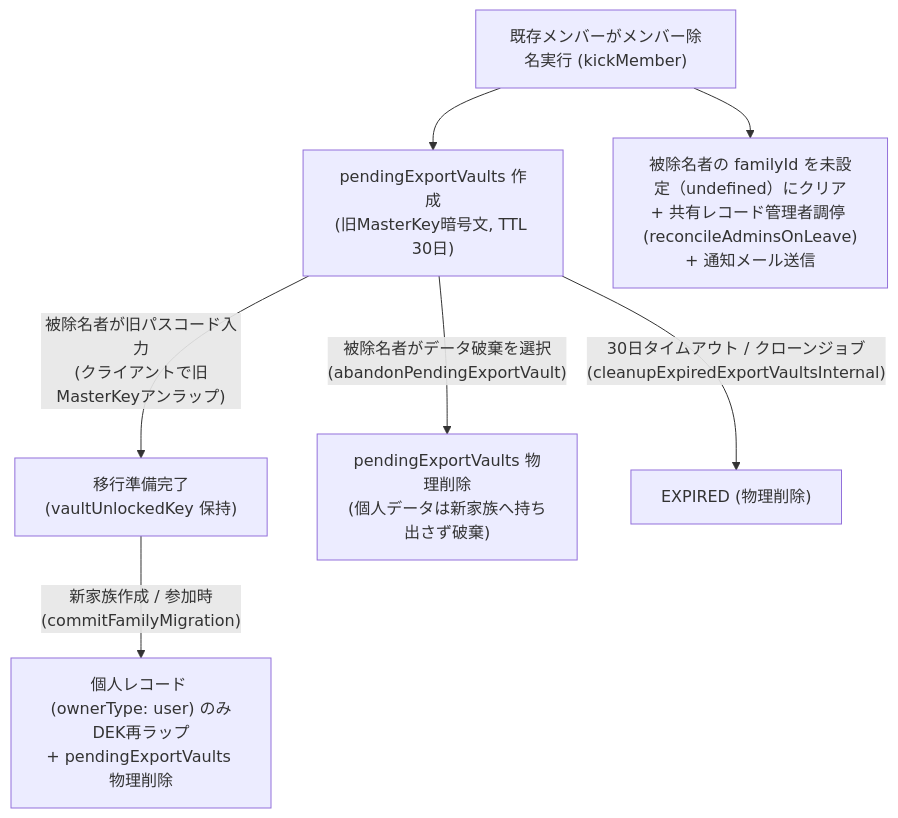
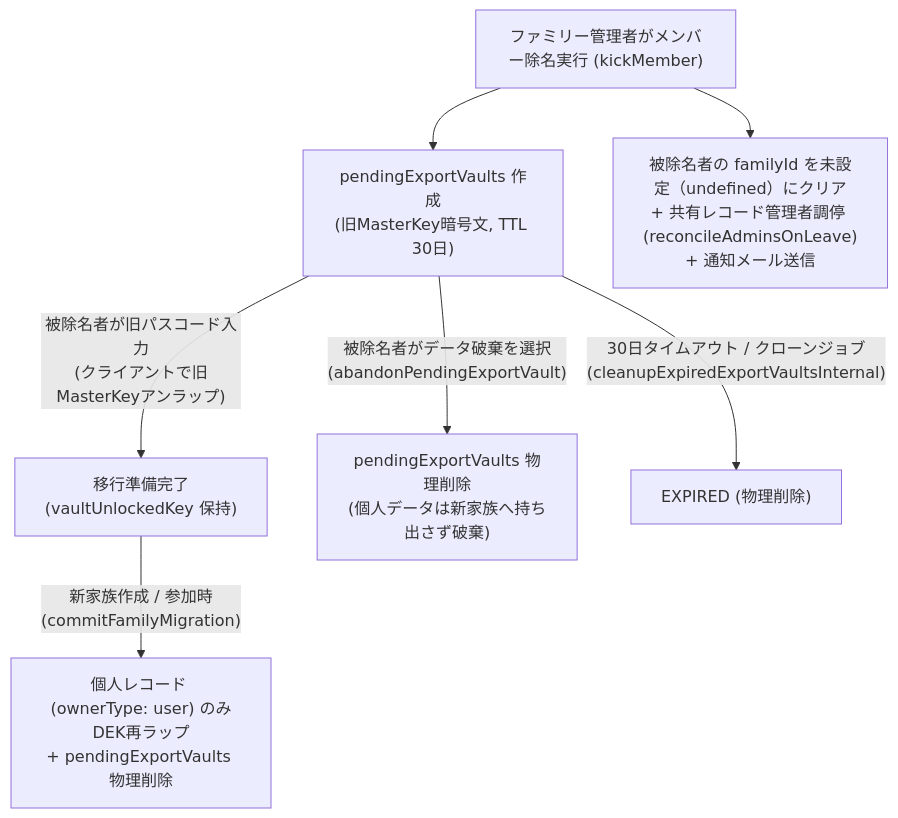
One commit to luthpg/poohma changed the fifth of 7 diagrams in .ai/domain.md. Above: the diagram before and after it, drawn with Mermaid. The commit also changed other lines of this file and 21 other files, not shown here.

````diff
--- a/.ai/domain.md
+++ b/.ai/domain.md
@@ -96,11 +96,11 @@
 ```mermaid
 flowchart TD
-    Kick["既存メンバーがメンバー除名実行 (kickMember)"] --> VaultCreated["pendingExportVaults 作成<br/>(旧MasterKey暗号文, TTL 30日)"]
+    Kick["ファミリー管理者がメンバー除名実行 (kickMember)"] --> VaultCreated["pendingExportVaults 作成<br/>(旧MasterKey暗号文, TTL 30日)"]
     Kick --> FamilyCleared["被除名者の familyId を未設定（undefined）にクリア<br/>+ 共有レコード管理者調停 (reconcileAdminsOnLeave)<br/>+ 通知メール送信"]
     
     VaultCreated -->|"被除名者が旧パスコード入力<br/>(クライアントで旧MasterKeyアンラップ)"| Unlocked["移行準備完了<br/>(vaultUnlockedKey 保持)"]
     Unlocked -->|"新家族作成 / 参加時<br/>(commitFamilyMigration)"| Migrated["個人レコード (ownerType: user) のみDEK再ラップ<br/>+ pendingExportVaults 物理削除"]
     
     VaultCreated -->|"被除名者がデータ破棄を選択<br/>(abandonPendingExportVault)"| Abandoned["pendingExportVaults 物理削除<br/>(個人データは新家族へ持ち出さず破棄)"]
     VaultCreated -->|"30日タイムアウト / クローンジョブ<br/>(cleanupExpiredExportVaultsInternal)"| ExpiredVault["EXPIRED (物理削除)"]
 ```
````
